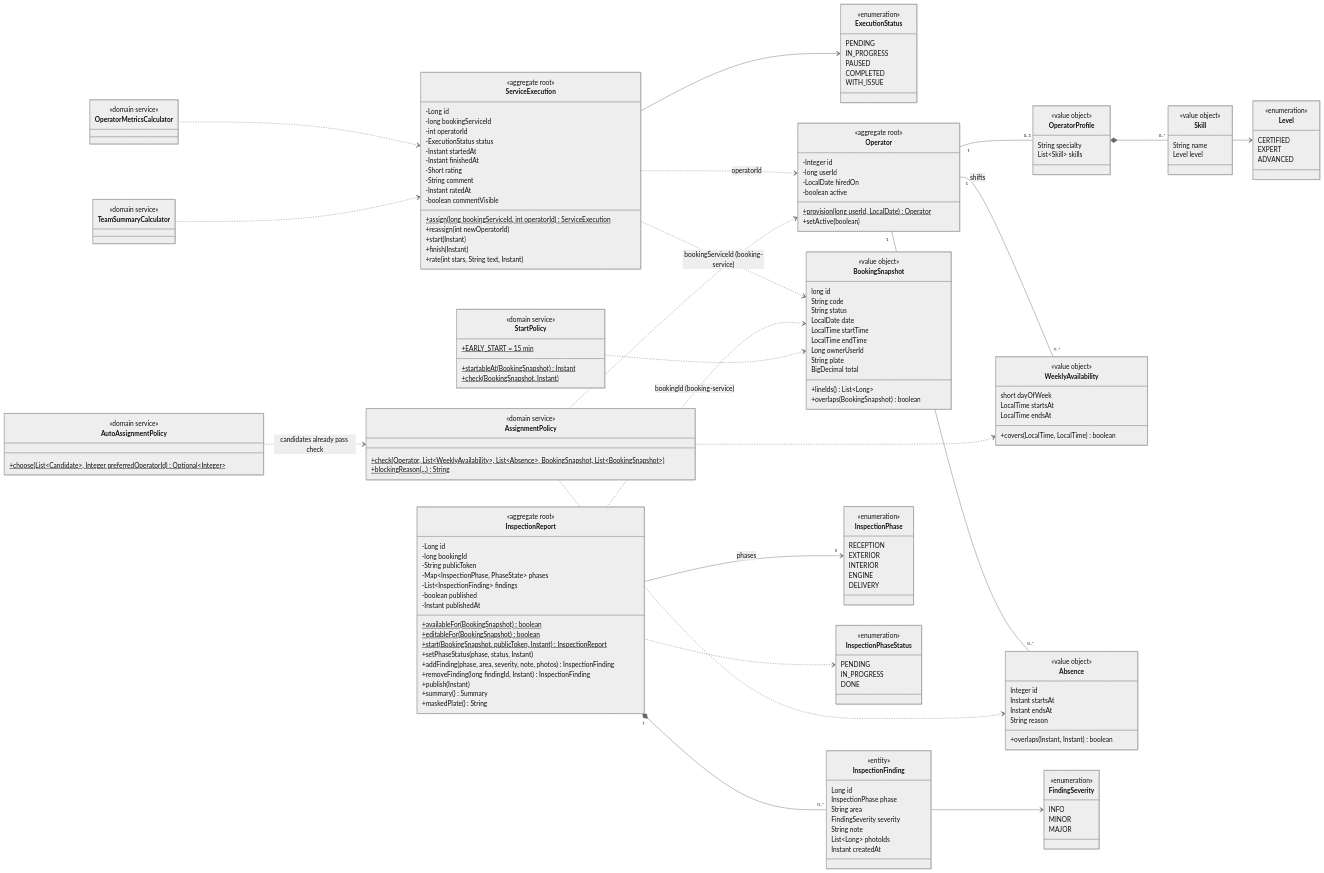
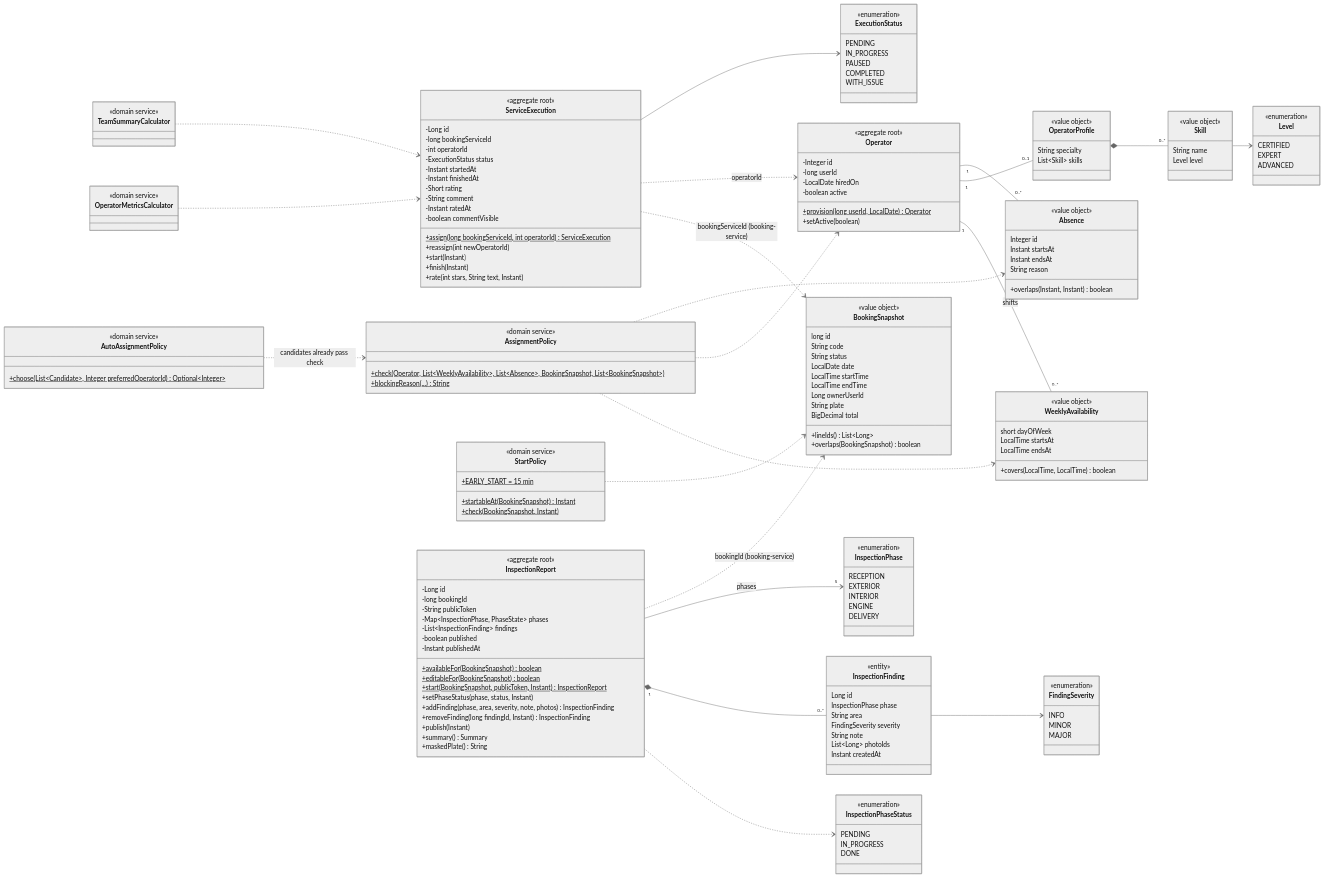
One commit to code-sena/vehicle-w-docs changed the diagram in 08-uml/diagrams/source/class-operations.md. Above: the diagram before and after it, drawn with Mermaid (neutral theme). The commit also changed 6 other files, not shown here.

Commit message:
docs(uml): remove the last crossings and split long sequence messages

````diff
--- a/08-uml/diagrams/source/class-operations.md
+++ b/08-uml/diagrams/source/class-operations.md
@@ -7,6 +7,38 @@
 ```mermaid
 classDiagram
+    class OperatorMetricsCalculator {
+        <<domain service>>
+    }
+    class BookingSnapshot {
+        <<value object>>
+        long id
+        String code
+        String status
+        LocalDate date
+        LocalTime startTime
+        LocalTime endTime
+        Long ownerUserId
+        String plate
+        BigDecimal total
+        +lineIds() List~Long~
+        +overlaps(BookingSnapshot) boolean
+    }
+    class Skill {
+        <<value object>>
+        String name
+        Level level
+    }
     direction LR
+    class AssignmentPolicy {
+        <<domain service>>
+        +check(Operator, List~WeeklyAvailability~, List~Absence~, BookingSnapshot, List~BookingSnapshot~)$
+        +blockingReason(...)$ String
+    }
+    class OperatorProfile {
+        <<value object>>
+        String specialty
+        List~Skill~ skills
+    }
     class ServiceExecution {
         <<aggregate root>>
         -Long id
@@ -25,14 +57,6 @@
         +finish(Instant)
         +rate(int stars, String text, Instant)
     }
-    class ExecutionStatus {
-        <<enumeration>>
-        PENDING
-        IN_PROGRESS
-        PAUSED
-        COMPLETED
-        WITH_ISSUE
-    }
     class Operator {
         <<aggregate root>>
         -Integer id
@@ -42,22 +66,6 @@
         +provision(long userId, LocalDate)$ Operator
         +setActive(boolean)
     }
-    class OperatorProfile {
-        <<value object>>
-        String specialty
-        List~Skill~ skills
-    }
-    class Skill {
-        <<value object>>
-        String name
-        Level level
-    }
-    class Level {
-        <<enumeration>>
-        CERTIFIED
-        EXPERT
-        ADVANCED
-    }
     class WeeklyAvailability {
         <<value object>>
         short dayOfWeek
@@ -65,27 +73,17 @@
         LocalTime endsAt
         +covers(LocalTime, LocalTime) boolean
     }
-    class Absence {
-        <<value object>>
-        Integer id
-        Instant startsAt
-        Instant endsAt
-        String reason
-        +overlaps(Instant, Instant) boolean
+    class StartPolicy {
+        <<domain service>>
+        +EARLY_START = 15 min$
+        +startableAt(BookingSnapshot)$ Instant
+        +check(BookingSnapshot, Instant)$
     }
-    class BookingSnapshot {
-        <<value object>>
-        long id
-        String code
-        String status
-        LocalDate date
-        LocalTime startTime
-        LocalTime endTime
-        Long ownerUserId
-        String plate
-        BigDecimal total
-        +lineIds() List~Long~
-        +overlaps(BookingSnapshot) boolean
+    class Level {
+        <<enumeration>>
+        CERTIFIED
+        EXPERT
+        ADVANCED
     }
     class InspectionReport {
         <<aggregate root>>
@@ -106,6 +104,12 @@
         +summary() Summary
         +maskedPlate() String
     }
+    class InspectionPhaseStatus {
+        <<enumeration>>
+        PENDING
+        IN_PROGRESS
+        DONE
+    }
     class InspectionFinding {
         <<entity>>
         Long id
@@ -116,6 +120,27 @@
         List~Long~ photoIds
         Instant createdAt
     }
+    class AutoAssignmentPolicy {
+        <<domain service>>
+        +choose(List~Candidate~, Integer preferredOperatorId)$ Optional~Integer~
+    }
+    class FindingSeverity {
+        <<enumeration>>
+        INFO
+        MINOR
+        MAJOR
+    }
+    class TeamSummaryCalculator {
+        <<domain service>>
+    }
+    class Absence {
+        <<value object>>
+        Integer id
+        Instant startsAt
+        Instant endsAt
+        String reason
+        +overlaps(Instant, Instant) boolean
+    }
     class InspectionPhase {
         <<enumeration>>
         RECEPTION
@@ -124,58 +149,32 @@
         ENGINE
         DELIVERY
     }
-    class InspectionPhaseStatus {
+    class ExecutionStatus {
         <<enumeration>>
         PENDING
         IN_PROGRESS
-        DONE
+        PAUSED
+        COMPLETED
+        WITH_ISSUE
     }
-    class FindingSeverity {
-        <<enumeration>>
-        INFO
-        MINOR
-        MAJOR
-    }
-    class AssignmentPolicy {
-        <<domain service>>
-        +check(Operator, List~WeeklyAvailability~, List~Absence~, BookingSnapshot, List~BookingSnapshot~)$
-        +blockingReason(...)$ String
-    }
-    class AutoAssignmentPolicy {
-        <<domain service>>
-        +choose(List~Candidate~, Integer preferredOperatorId)$ Optional~Integer~
-    }
-    class StartPolicy {
-        <<domain service>>
-        +EARLY_START = 15 min$
-        +startableAt(BookingSnapshot)$ Instant
-        +check(BookingSnapshot, Instant)$
-    }
-    class OperatorMetricsCalculator {
-        <<domain service>>
-    }
-    class TeamSummaryCalculator {
-        <<domain service>>
-    }
-
+    AssignmentPolicy ..> Absence
     ServiceExecution --> ExecutionStatus
+    InspectionReport ..> BookingSnapshot : bookingId (booking-service)
+    TeamSummaryCalculator ..> ServiceExecution
+    InspectionReport --> "5" InspectionPhase : phases
+    Operator "1" -- "0..*" Absence
+    AssignmentPolicy ..> Operator
     ServiceExecution ..> Operator : operatorId
+    Skill --> Level
+    AssignmentPolicy ..> WeeklyAvailability
+    AutoAssignmentPolicy ..> AssignmentPolicy : candidates already pass check
+    InspectionReport "1" *-- "0..*" InspectionFinding
+    InspectionReport ..> InspectionPhaseStatus
     ServiceExecution ..> BookingSnapshot : bookingServiceId (booking-service)
     Operator "1" -- "0..1" OperatorProfile
     OperatorProfile *-- "0..*" Skill
-    Skill --> Level
-    Operator "1" -- "0..*" WeeklyAvailability : shifts
-    Operator "1" -- "0..*" Absence
-    InspectionReport ..> BookingSnapshot : bookingId (booking-service)
-    InspectionReport "1" *-- "0..*" InspectionFinding
-    InspectionReport --> "5" InspectionPhase : phases
-    InspectionReport ..> InspectionPhaseStatus
-    InspectionFinding --> FindingSeverity
-    AssignmentPolicy ..> Operator
-    AssignmentPolicy ..> WeeklyAvailability
-    AssignmentPolicy ..> Absence
-    AutoAssignmentPolicy ..> AssignmentPolicy : candidates already pass check
     StartPolicy ..> BookingSnapshot
     OperatorMetricsCalculator ..> ServiceExecution
-    TeamSummaryCalculator ..> ServiceExecution
+    Operator "1" -- "0..*" WeeklyAvailability : shifts
+    InspectionFinding --> FindingSeverity
 ```
````
